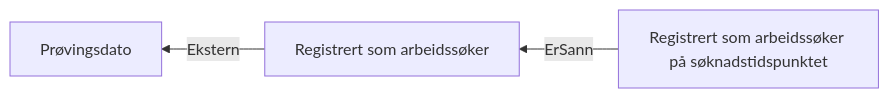
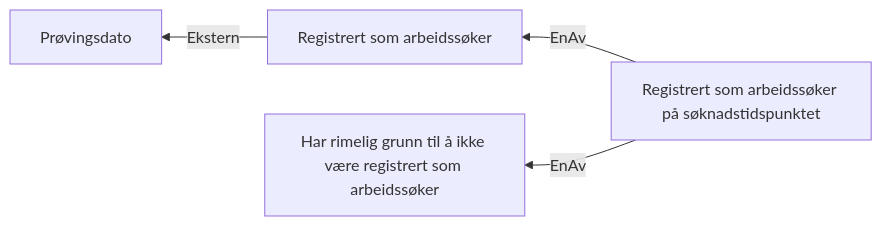
Before and after one commit to navikt/dp-behandling: the diagram in docs/regler/§ 4-5. Registrering som arbeidssøker.approved.md, drawn with Mermaid. The commit also changed 15 other files, not shown here.

Commit message:
Legg til støtte for unntak for registrering som arbeidssøker

````diff
--- a/docs/regler/§ 4-5. Registrering som arbeidssøker.approved.md
+++ b/docs/regler/§ 4-5. Registrering som arbeidssøker.approved.md
@@ -5,5 +5,6 @@
 ```mermaid
 graph RL
   A["Registrert som arbeidssøker"] -->|"Ekstern"| B["Prøvingsdato"]
-  C["Registrert som arbeidssøker på søknadstidspunktet"] -->|"ErSann"| A["Registrert som arbeidssøker"]
+  C["Registrert som arbeidssøker på søknadstidspunktet"] -->|"EnAv"| A["Registrert som arbeidssøker"]
+  C["Registrert som arbeidssøker på søknadstidspunktet"] -->|"EnAv"| D["Har rimelig grunn til å ikke være registrert som arbeidssøker"]
 ```
````
